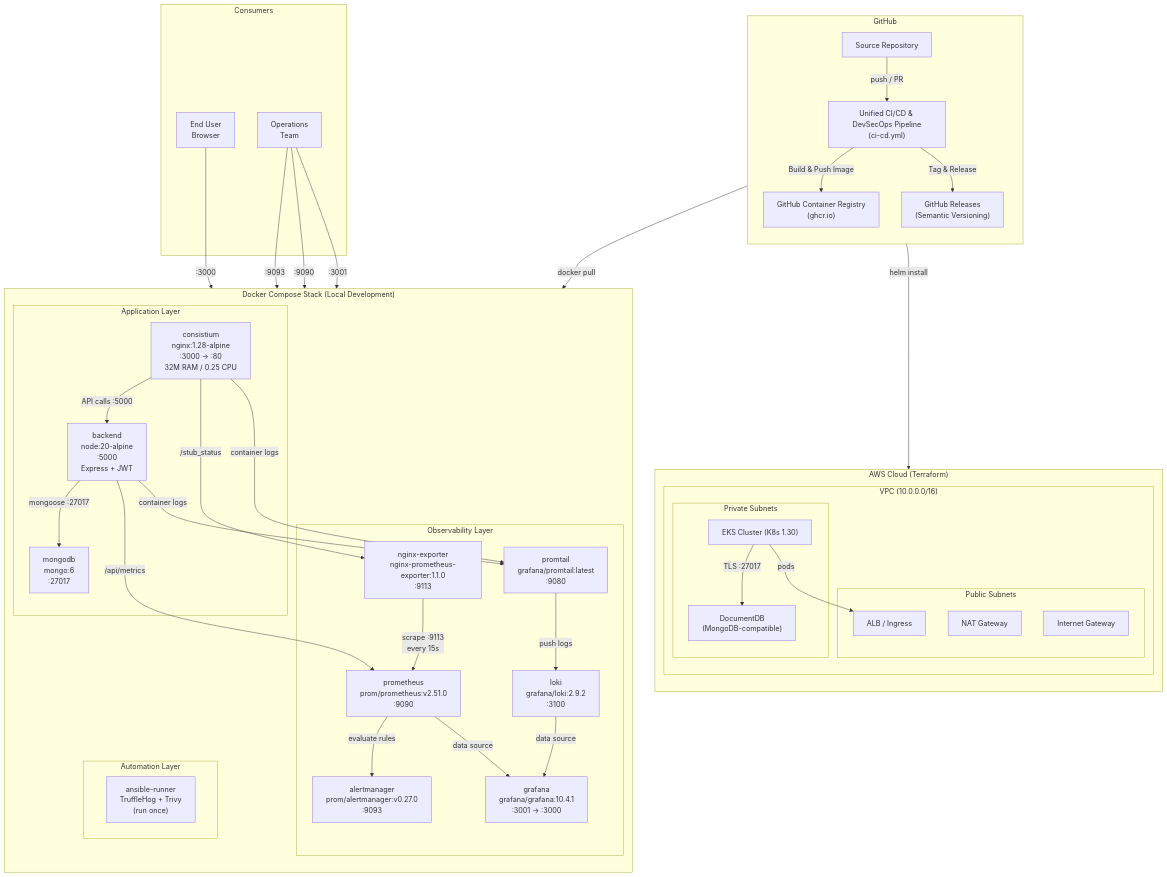
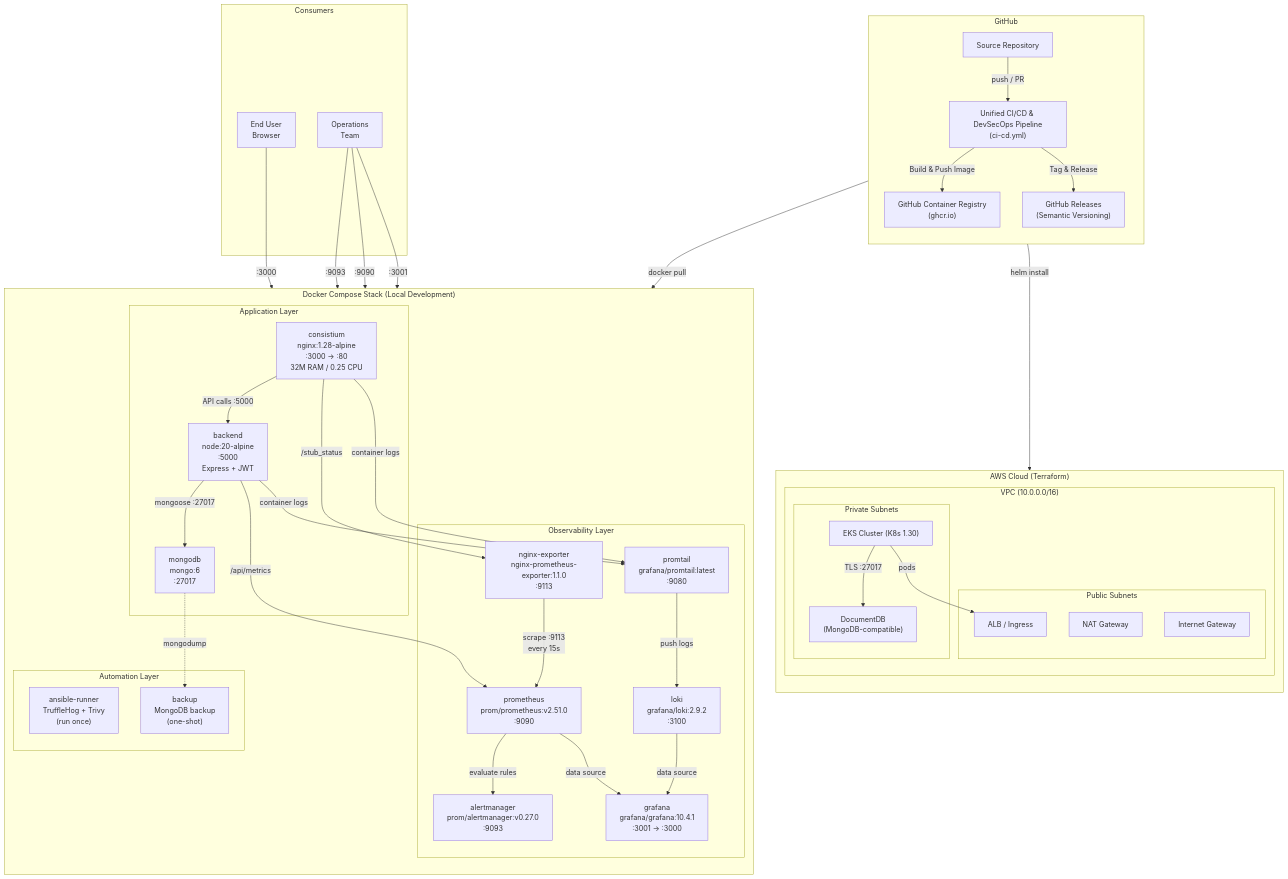
The first of 3 diagrams in docs/devops/architecture.md (Kalpanapramodya97/consistium), drawn with Mermaid before and after one commit. The commit also changed 4 other files, not shown here.

````diff
--- a/docs/devops/architecture.md
+++ b/docs/devops/architecture.md
@@ -7,80 +7,82 @@
 ```mermaid
 graph TB
     subgraph GitHub["GitHub"]
         direction TB
         Repo["Source Repository"]
         CI["Unified CI/CD & DevSecOps Pipeline<br/>(ci-cd.yml)"]
         GHCR["GitHub Container Registry<br/>(ghcr.io)"]
         Releases["GitHub Releases<br/>(Semantic Versioning)"]
     end
 
     subgraph DockerCompose["Docker Compose Stack (Local Development)"]
         direction TB
         subgraph AppLayer["Application Layer"]
             Consistium["consistium<br/>nginx:1.28-alpine<br/>:3000 → :80<br/>32M RAM / 0.25 CPU"]
             Backend["backend<br/>node:20-alpine<br/>:5000<br/>Express + JWT"]
             MongoDB["mongodb<br/>mongo:6<br/>:27017"]
         end
 
         subgraph Observability["Observability Layer"]
             Exporter["nginx-exporter<br/>nginx-prometheus-exporter:1.1.0<br/>:9113"]
             Prometheus["prometheus<br/>prom/prometheus:v2.51.0<br/>:9090"]
             Alertmanager_svc["alertmanager<br/>prom/alertmanager:v0.27.0<br/>:9093"]
             Grafana["grafana<br/>grafana/grafana:10.4.1<br/>:3001 → :3000"]
             Loki["loki<br/>grafana/loki:2.9.2<br/>:3100"]
             Promtail["promtail<br/>grafana/promtail:latest<br/>:9080"]
         end
 
         subgraph Automation["Automation Layer"]
             Ansible["ansible-runner<br/>TruffleHog + Trivy<br/>(run once)"]
+            Backup["backup<br/>MongoDB backup<br/>(one-shot)"]
         end
     end
 
     subgraph AWS["AWS Cloud (Terraform)"]
         direction TB
         subgraph AWSVPC["VPC (10.0.0.0/16)"]
             subgraph PublicSubnets["Public Subnets"]
                 ALB["ALB / Ingress"]
                 NAT["NAT Gateway"]
                 IGW["Internet Gateway"]
             end
             subgraph PrivateSubnets["Private Subnets"]
                 EKS["EKS Cluster (K8s 1.30)"]
                 DocDB["DocumentDB<br/>(MongoDB-compatible)"]
             end
         end
     end
 
     subgraph Users["Consumers"]
         Browser["End User<br/>Browser"]
         Ops["Operations<br/>Team"]
     end
 
     Repo -->|"push / PR"| CI
     CI -->|"Build & Push Image"| GHCR
     CI -->|"Tag & Release"| Releases
     GHCR -->|"docker pull"| Consistium
     GHCR -->|"helm install"| EKS
 
     Consistium -->|"API calls :5000"| Backend
     Backend -->|"mongoose :27017"| MongoDB
+    MongoDB -.->|"mongodump"| Backup
 
     Consistium -->|"/stub_status"| Exporter
     Backend -->|"/api/metrics"| Prometheus
     Exporter -->|"scrape :9113<br/>every 15s"| Prometheus
     Prometheus -->|"evaluate rules"| Alertmanager_svc
     Prometheus -->|"data source"| Grafana
 
     Consistium -->|"container logs"| Promtail
     Backend -->|"container logs"| Promtail
     Promtail -->|"push logs"| Loki
     Loki -->|"data source"| Grafana
 
     EKS -->|"pods"| ALB
     EKS -->|"TLS :27017"| DocDB
 
     Browser -->|":3000"| Consistium
     Ops -->|":3001"| Grafana
     Ops -->|":9090"| Prometheus
     Ops -->|":9093"| Alertmanager_svc
 ```
````
